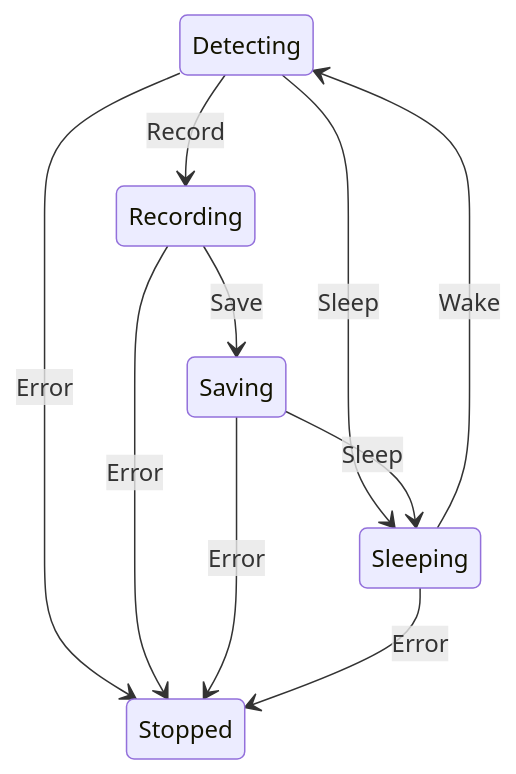
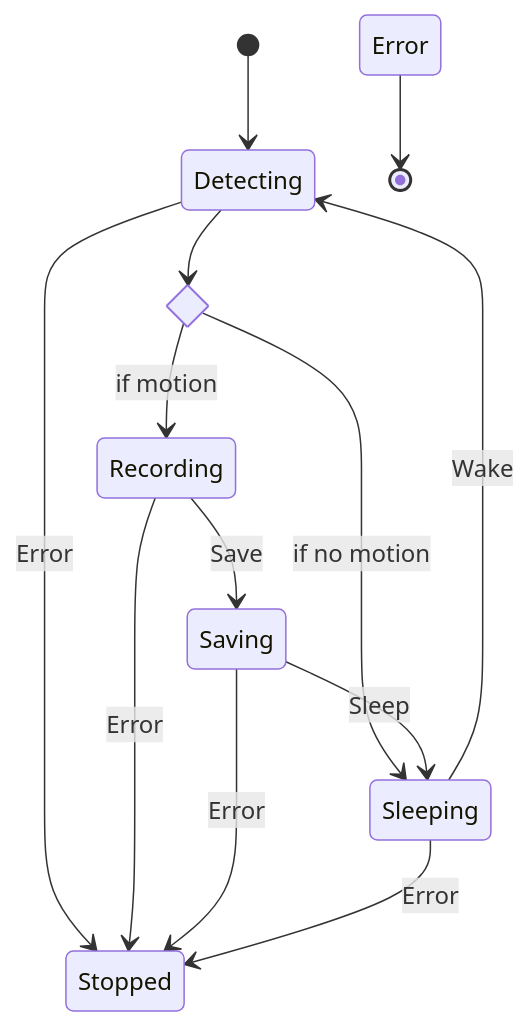
One commit to abdmoh123/pi-security-camera changed the diagram in camera/README.md. Above: the diagram before and after it, drawn with Mermaid.

Commit message:
docs(camera): update README FSM with choice and start/end

````diff
--- a/camera/README.md
+++ b/camera/README.md
@@ -13,13 +13,19 @@
 ```mermaid
 stateDiagram-v2
-    Detecting --> Recording: Record
-    Detecting --> Sleeping: Sleep
+    [*] --> Detecting
+
+    state if_detected <<choice>>
+    Detecting --> if_detected
+    if_detected --> Recording: if motion
+    if_detected --> Sleeping: if no motion
     Recording --> Saving: Save
     Saving --> Sleeping: Sleep
     Sleeping --> Detecting: Wake
 
     Detecting --> Stopped: Error
     Recording --> Stopped: Error
     Saving --> Stopped: Error
     Sleeping --> Stopped: Error
+
+    Error --> [*]
 ```
````
